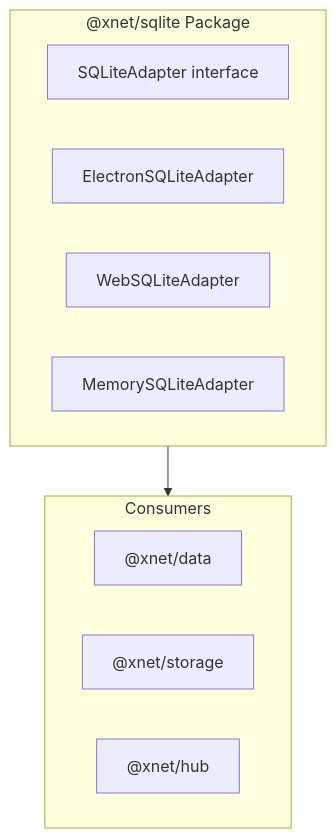
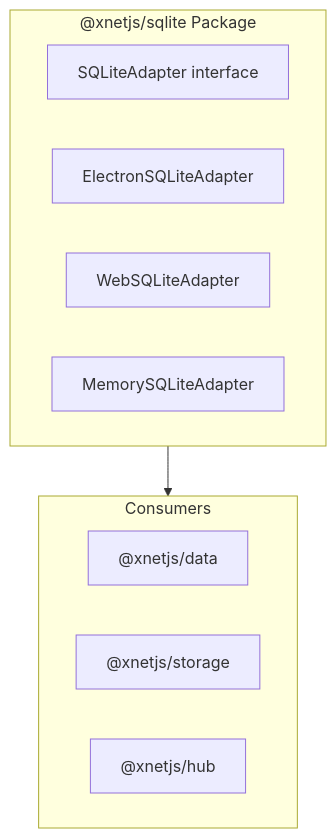
One commit to crs48/xNet changed diagram 13 of 16 in docs/explorations/0072_[x]_INDEXEDDB_TO_SQLITE_MIGRATION.md. Above: the diagram before and after it, drawn with Mermaid. The commit also changed other lines of this file and 980 other files, not shown here.

````diff
--- a/docs/explorations/0072_[x]_INDEXEDDB_TO_SQLITE_MIGRATION.md
+++ b/docs/explorations/0072_[x]_INDEXEDDB_TO_SQLITE_MIGRATION.md
@@ -606,17 +606,17 @@
 ```mermaid
 flowchart TB
-    subgraph New["@xnet/sqlite Package"]
+    subgraph New["@xnetjs/sqlite Package"]
         Interface["SQLiteAdapter interface"]
         Electron["ElectronSQLiteAdapter"]
         Web["WebSQLiteAdapter"]
         Memory["MemorySQLiteAdapter"]
     end
 
     subgraph Consumers["Consumers"]
-        DataPkg["@xnet/data"]
-        StoragePkg["@xnet/storage"]
-        HubPkg["@xnet/hub"]
+        DataPkg["@xnetjs/data"]
+        StoragePkg["@xnetjs/storage"]
+        HubPkg["@xnetjs/hub"]
     end
 
     New --> Consumers
 ```
````
